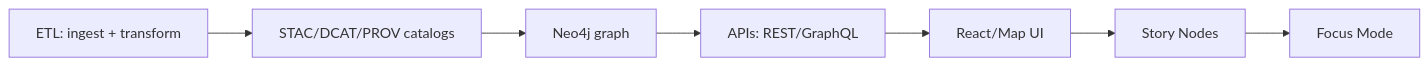
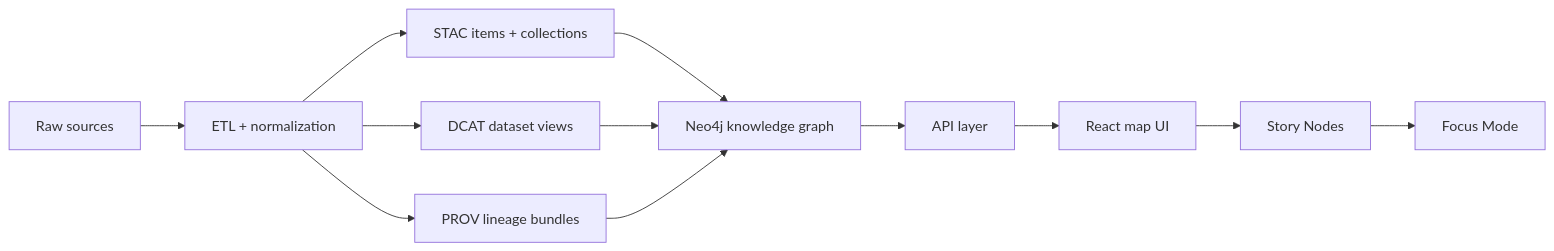
One commit to bartytime4life/Kansas-Frontier-Matrix changed the first of 2 diagrams in README.md. Above: the diagram before and after it, drawn with Mermaid. The commit also changed other lines of this file, not shown here.

```diff
--- a/README.md
+++ b/README.md
@@ -208,9 +192,14 @@
 ~~~mermaid
 flowchart LR
-  A[ETL: ingest + transform] --> B[STAC/DCAT/PROV catalogs]
-  B --> C[Neo4j graph]
-  C --> D[APIs: REST/GraphQL]
-  D --> E[React/Map UI]
-  E --> F[Story Nodes]
-  F --> G[Focus Mode]
+  A[Raw sources] --> B[ETL + normalization]
+  B --> C[STAC items + collections]
+  B --> D[DCAT dataset views]
+  B --> E[PROV lineage bundles]
+  C --> F[Neo4j knowledge graph]
+  D --> F
+  E --> F
+  F --> G[API layer]
+  G --> H[React map UI]
+  H --> I[Story Nodes]
+  I --> J[Focus Mode]
 ~~~
```
